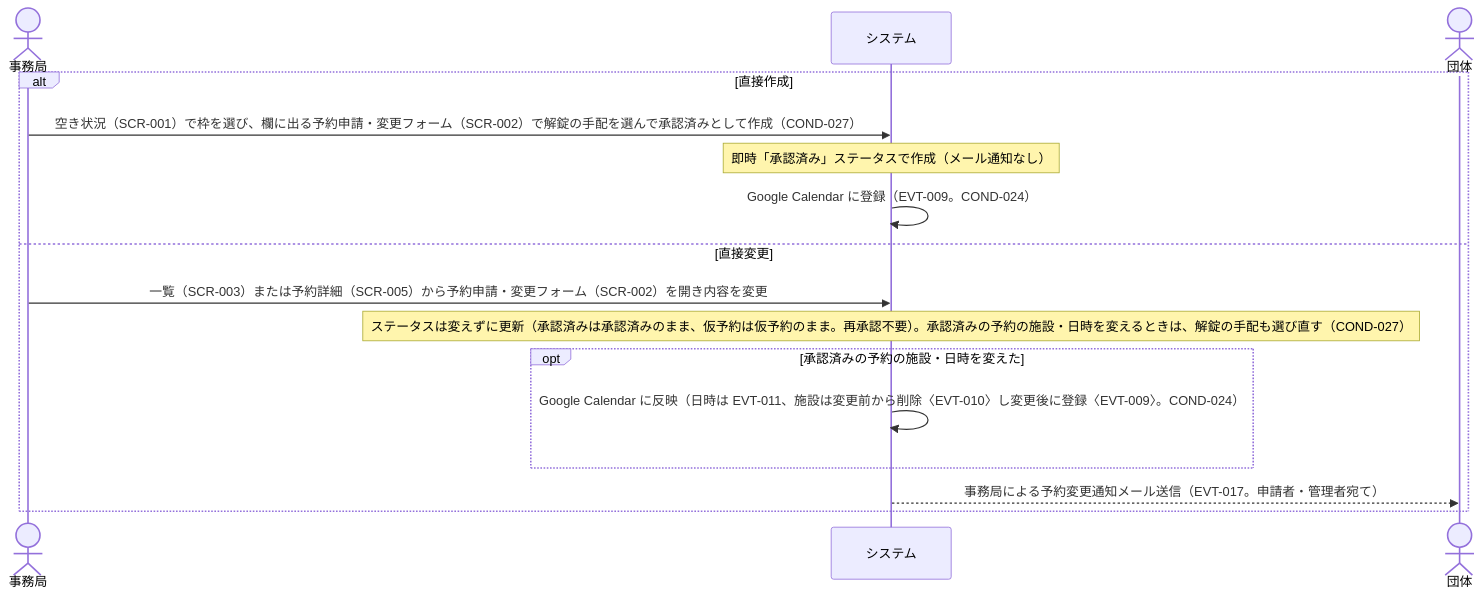
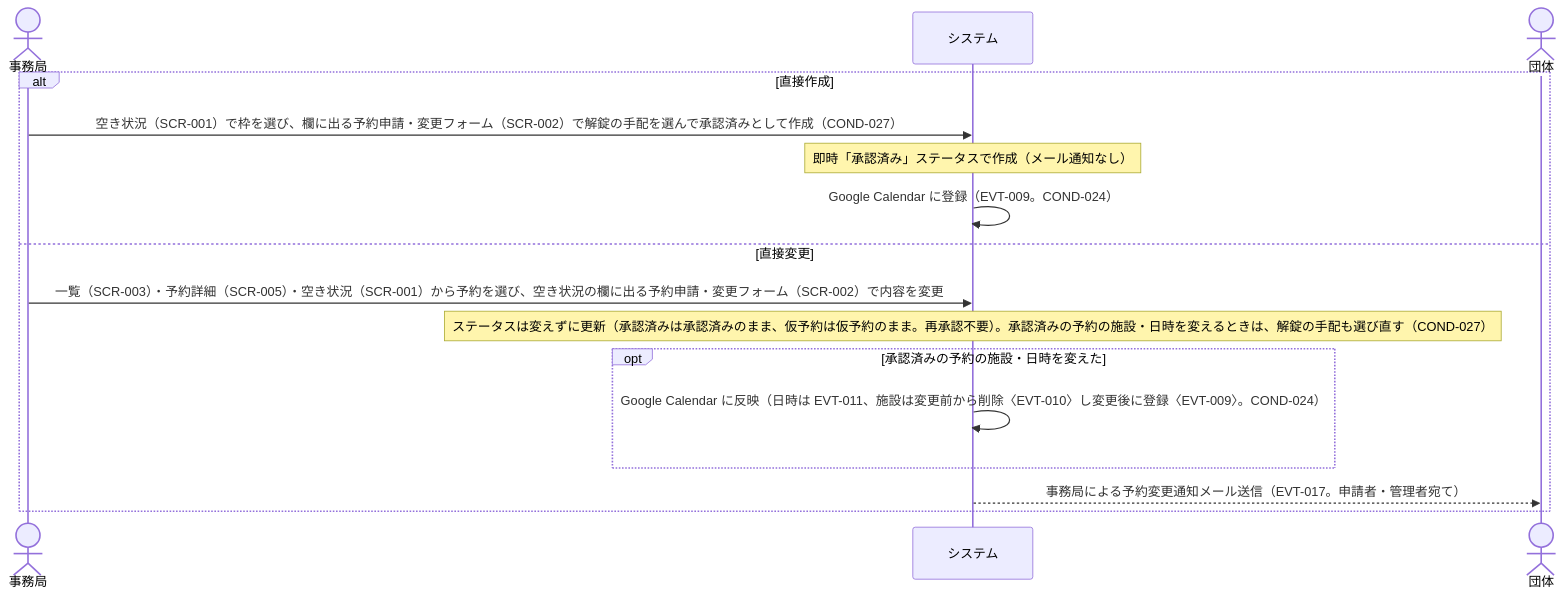
The fourth of 6 diagrams in rdra/contexts/reservation-approval.md (gdsc-osaka/iclub-reserve), drawn with Mermaid before and after one commit. The commit also changed 4 other files, not shown here.

````diff
--- a/rdra/contexts/reservation-approval.md
+++ b/rdra/contexts/reservation-approval.md
@@ -343,19 +343,19 @@
 ```mermaid
 sequenceDiagram
     actor 事務局
     participant システム
     actor 団体
 
     alt 直接作成
         事務局->>システム: 空き状況（SCR-001）で枠を選び、欄に出る予約申請・変更フォーム（SCR-002）で解錠の手配を選んで承認済みとして作成（COND-027）
         Note over システム: 即時「承認済み」ステータスで作成（メール通知なし）
         システム->>システム: Google Calendar に登録（EVT-009。COND-024）
     else 直接変更
-        事務局->>システム: 一覧（SCR-003）または予約詳細（SCR-005）から予約申請・変更フォーム（SCR-002）を開き内容を変更
+        事務局->>システム: 一覧（SCR-003）・予約詳細（SCR-005）・空き状況（SCR-001）から予約を選び、空き状況の欄に出る予約申請・変更フォーム（SCR-002）で内容を変更
         Note over システム: ステータスは変えずに更新（承認済みは承認済みのまま、仮予約は仮予約のまま。再承認不要）。承認済みの予約の施設・日時を変えるときは、解錠の手配も選び直す（COND-027）
         opt 承認済みの予約の施設・日時を変えた
             システム->>システム: Google Calendar に反映（日時は EVT-011、施設は変更前から削除〈EVT-010〉し変更後に登録〈EVT-009〉。COND-024）
         end
         システム-->>団体: 事務局による予約変更通知メール送信（EVT-017。申請者・管理者宛て）
     end
 ```
````
